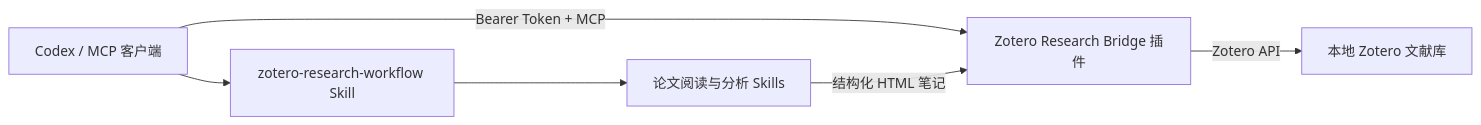
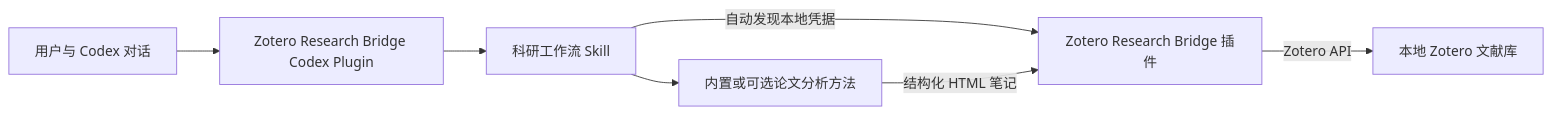
One commit to z-jjj-y/zotero-research-bridge changed the diagram in PROJECT_OVERVIEW.zh-CN.md. Above: the diagram before and after it, drawn with Mermaid. The commit also changed other lines of this file and 43 other files, not shown here.

Commit message:
feat: complete map-first Zotero paper analysis workflow

````diff
--- a/PROJECT_OVERVIEW.zh-CN.md
+++ b/PROJECT_OVERVIEW.zh-CN.md
@@ -58,8 +77,9 @@
 ```mermaid
 flowchart LR
-    A["Codex / MCP 客户端"] -->|"Bearer Token + MCP"| B["Zotero Research Bridge 插件"]
+    A["用户与 Codex 对话"] --> D["Zotero Research Bridge Codex Plugin"]
+    D --> E["科研工作流 Skill"]
+    E -->|"自动发现本地凭据"| B["Zotero Research Bridge 插件"]
     B -->|"Zotero API"| C["本地 Zotero 文献库"]
-    A --> D["zotero-research-workflow Skill"]
-    D --> E["论文阅读与分析 Skills"]
-    E -->|"结构化 HTML 笔记"| B
+    E --> F["内置或可选论文分析方法"]
+    F -->|"结构化 HTML 笔记"| B
 ```
````
